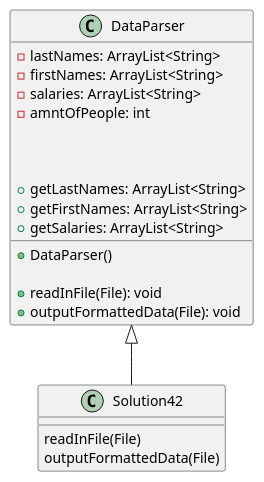
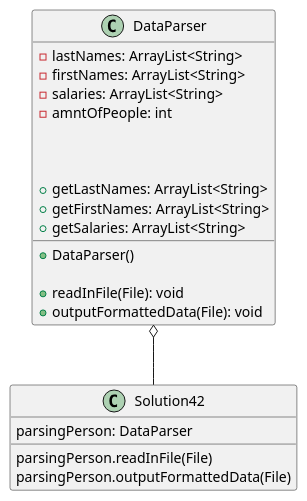
One commit to Zandroid505/Antifit-a04 changed the diagram in exercise42/docs/Classes.puml. Above: the diagram before and after it, drawn with PlantUML. The commit also changed 9 other files, not shown here.

Commit message:
Created uml for exercise43, need to fix tests still

```diff
--- a/exercise42/docs/Classes.puml
+++ b/exercise42/docs/Classes.puml
@@ -6,30 +6,32 @@
 @startuml
 'https://plantuml.com/sequence-diagram
 
-DataParser <|-- Solution42
+DataParser o-- Solution42
 
 class Solution42 {
-    readInFile(File)
-    outputFormattedData(File)
+    parsingPerson: DataParser
+
+    parsingPerson.readInFile(File)
+    parsingPerson.outputFormattedData(File)
         'Creates DataParser Object and uses it to parse data
 }
 
 class DataParser {
     - lastNames: ArrayList<String>
     - firstNames: ArrayList<String>
     - salaries: ArrayList<String>
     - amntOfPeople: int
 
     + DataParser()
         'Initializes amount of people to 0
 
     + readInFile(File): void
 
     + getLastNames: ArrayList<String>
     + getFirstNames: ArrayList<String>
     + getSalaries: ArrayList<String>
 
     + outputFormattedData(File): void
 }
 
 @enduml
```
